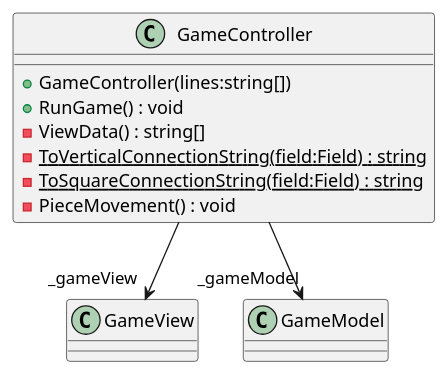
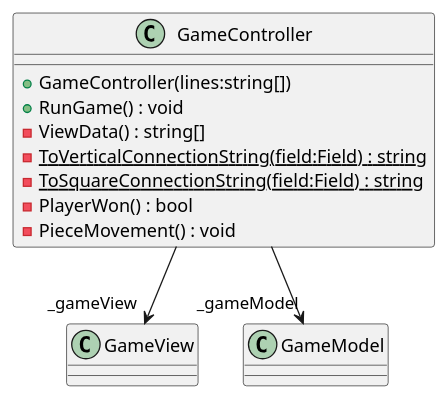
Before and after one commit to Evert-Arends/barricadegameModel3: the diagram in Barricade/Controllers/GameController.puml, drawn with PlantUML. The commit also changed 21 other files, not shown here.

```diff
--- a/Barricade/Controllers/GameController.puml
+++ b/Barricade/Controllers/GameController.puml
@@ -1,12 +1,13 @@
 @startuml
 class GameController {
     + GameController(lines:string[])
     + RunGame() : void
     - ViewData() : string[]
     - {static} ToVerticalConnectionString(field:Field) : string
     - {static} ToSquareConnectionString(field:Field) : string
+    - PlayerWon() : bool
     - PieceMovement() : void
 }
 GameController --> "_gameView" GameView
 GameController --> "_gameModel" GameModel
 @enduml
```
